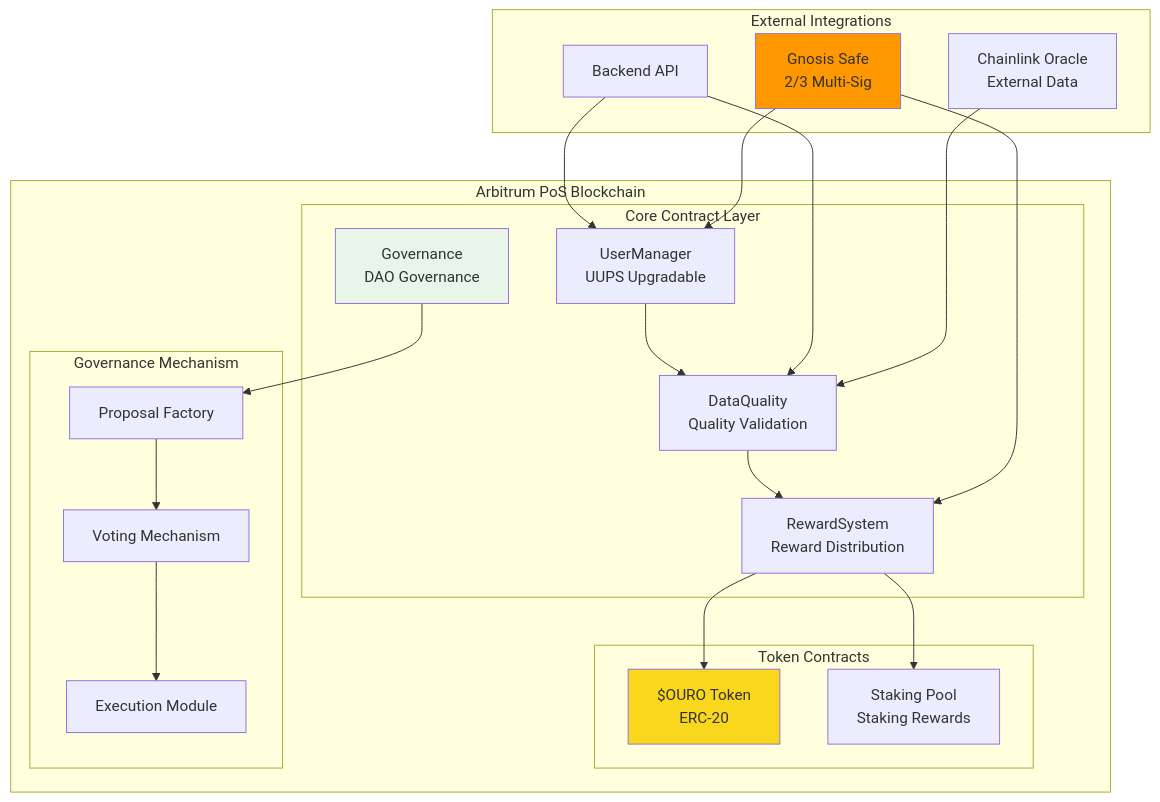
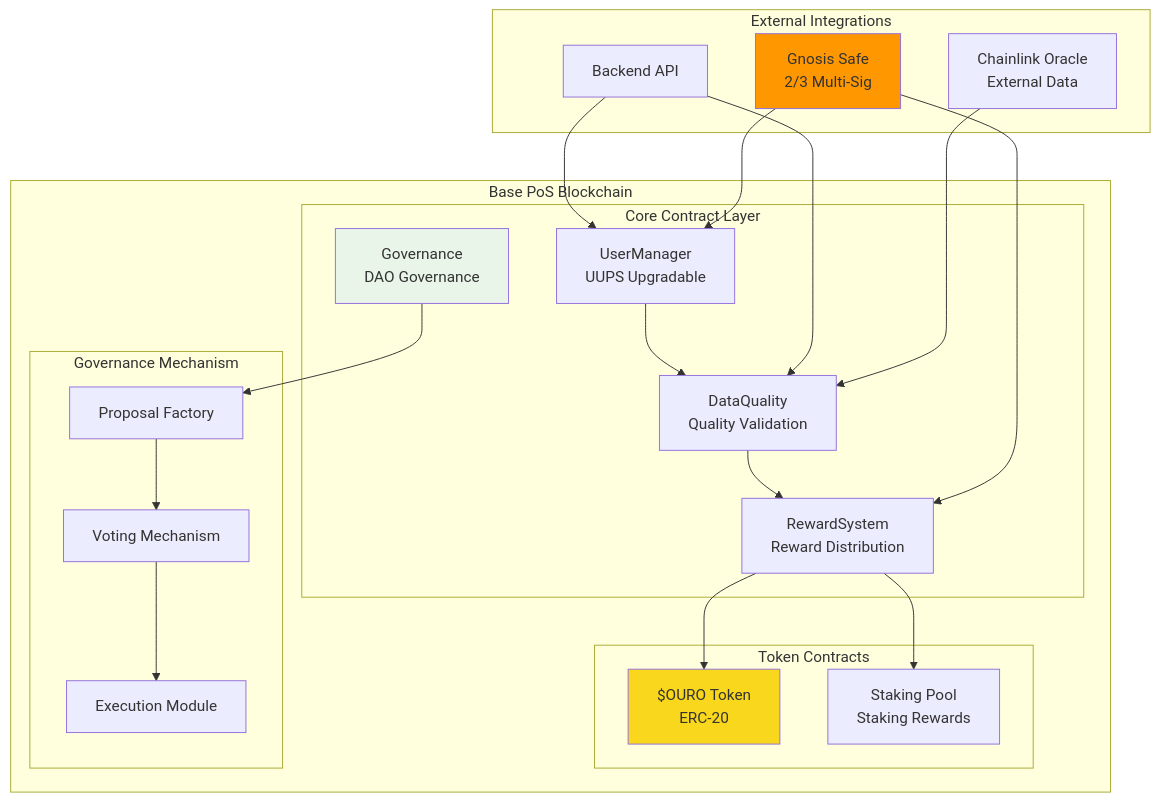
The fifth of 9 diagrams in chapter-4-technical-architecture.md (johnny9007025/humanoid-data-demo), drawn with Mermaid before and after one commit. The commit also changed other lines of this file, not shown here.

````diff
--- a/chapter-4-technical-architecture.md
+++ b/chapter-4-technical-architecture.md
@@ -259,46 +259,46 @@
 ```mermaid
 graph TB
-    subgraph "Arbitrum PoS Blockchain"
+    subgraph "Base PoS Blockchain"
         subgraph "Core Contract Layer"
             UM[UserManager<br/>UUPS Upgradable]
             DQ[DataQuality<br/>Quality Validation]
             RS[RewardSystem<br/>Reward Distribution]
             GOV[Governance<br/>DAO Governance]
         end
         
         subgraph "Token Contracts"
             OURO[$OURO Token<br/>ERC-20]
             STAKE[Staking Pool<br/>Staking Rewards]
         end
         
         subgraph "Governance Mechanism"
             PROP[Proposal Factory]
             VOTE[Voting Mechanism]
             EXEC[Execution Module]
         end
     end
     
     subgraph "External Integrations"
         API[Backend API]
         ORACLE[Chainlink Oracle<br/>External Data]
         SAFE[Gnosis Safe<br/>2/3 Multi-Sig]
     end
     
     UM --> DQ
     DQ --> RS
     RS --> OURO
     RS --> STAKE
     GOV --> PROP
     PROP --> VOTE
     VOTE --> EXEC
     
     API --> UM
     API --> DQ
     ORACLE --> DQ
     SAFE --> UM
     SAFE --> RS
     
     style OURO fill:#f9d71c
     style GOV fill:#e8f5e8
     style SAFE fill:#ff9800
 ```
````
